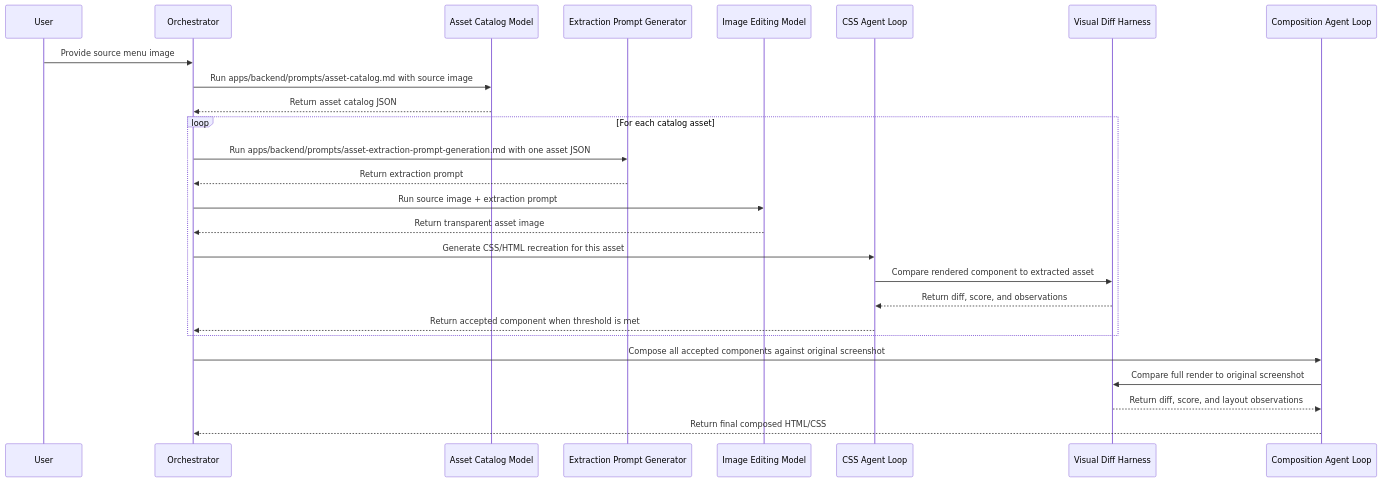
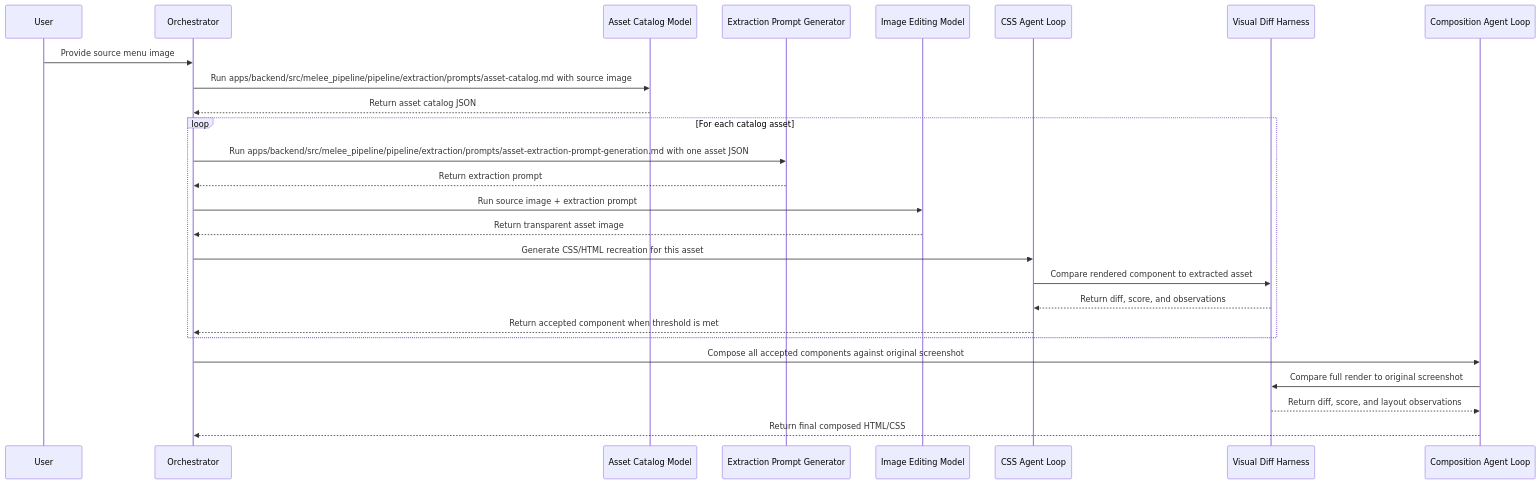
One commit to Codecaine-AI/MainMenu changed the second of 2 diagrams in SYSTEM_DESIGN.md. Above: the diagram before and after it, drawn with Mermaid. The commit also changed other lines of this file and 27 other files, not shown here.

````diff
--- a/SYSTEM_DESIGN.md
+++ b/SYSTEM_DESIGN.md
@@ -55,31 +58,31 @@
 ```mermaid
 sequenceDiagram
   participant User
   participant Orchestrator
   participant CatalogModel as Asset Catalog Model
   participant ExtractPrompt as Extraction Prompt Generator
   participant ImageModel as Image Editing Model
   participant CssAgent as CSS Agent Loop
   participant VisualDiff as Visual Diff Harness
   participant Composer as Composition Agent Loop
 
   User->>Orchestrator: Provide source menu image
-  Orchestrator->>CatalogModel: Run apps/backend/prompts/asset-catalog.md with source image
+  Orchestrator->>CatalogModel: Run apps/backend/src/melee_pipeline/pipeline/extraction/prompts/asset-catalog.md with source image
   CatalogModel-->>Orchestrator: Return asset catalog JSON
 
   loop For each catalog asset
-    Orchestrator->>ExtractPrompt: Run apps/backend/prompts/asset-extraction-prompt-generation.md with one asset JSON
+    Orchestrator->>ExtractPrompt: Run apps/backend/src/melee_pipeline/pipeline/extraction/prompts/asset-extraction-prompt-generation.md with one asset JSON
     ExtractPrompt-->>Orchestrator: Return extraction prompt
     Orchestrator->>ImageModel: Run source image + extraction prompt
     ImageModel-->>Orchestrator: Return transparent asset image
     Orchestrator->>CssAgent: Generate CSS/HTML recreation for this asset
     CssAgent->>VisualDiff: Compare rendered component to extracted asset
     VisualDiff-->>CssAgent: Return diff, score, and observations
     CssAgent-->>Orchestrator: Return accepted component when threshold is met
   end
 
   Orchestrator->>Composer: Compose all accepted components against original screenshot
   Composer->>VisualDiff: Compare full render to original screenshot
   VisualDiff-->>Composer: Return diff, score, and layout observations
   Composer-->>Orchestrator: Return final composed HTML/CSS
 ```
````
